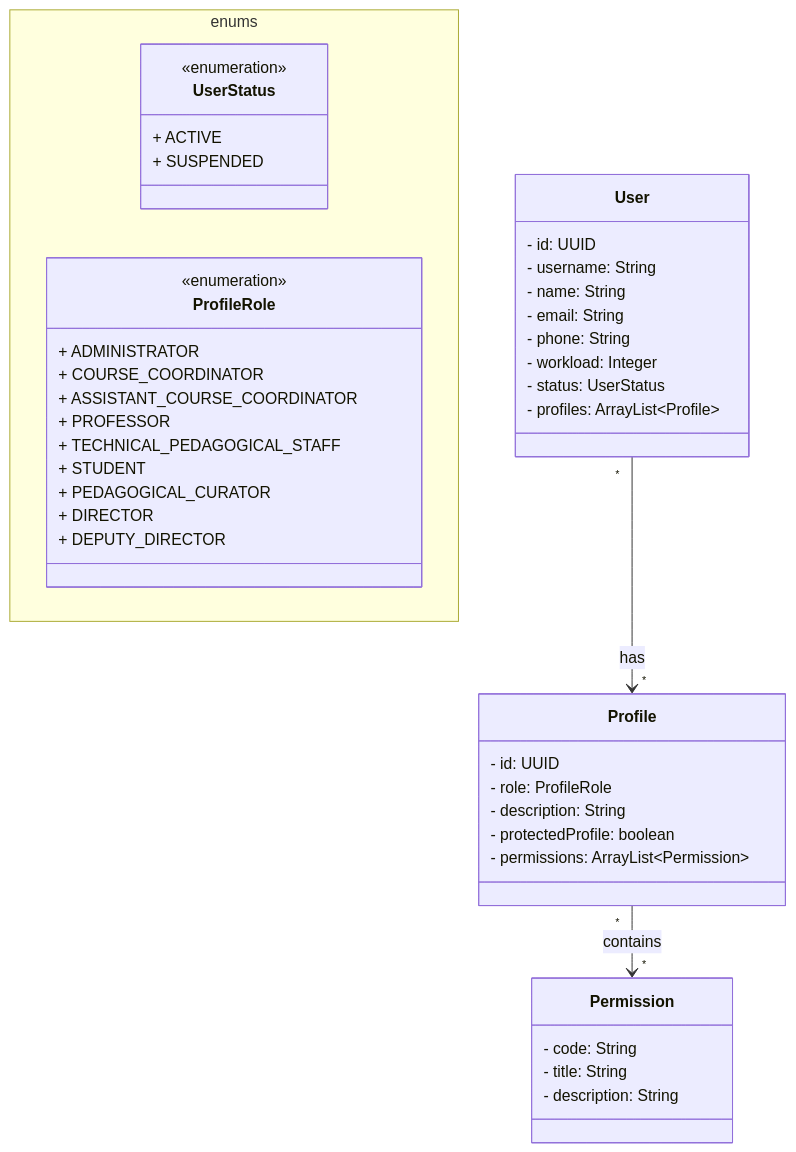
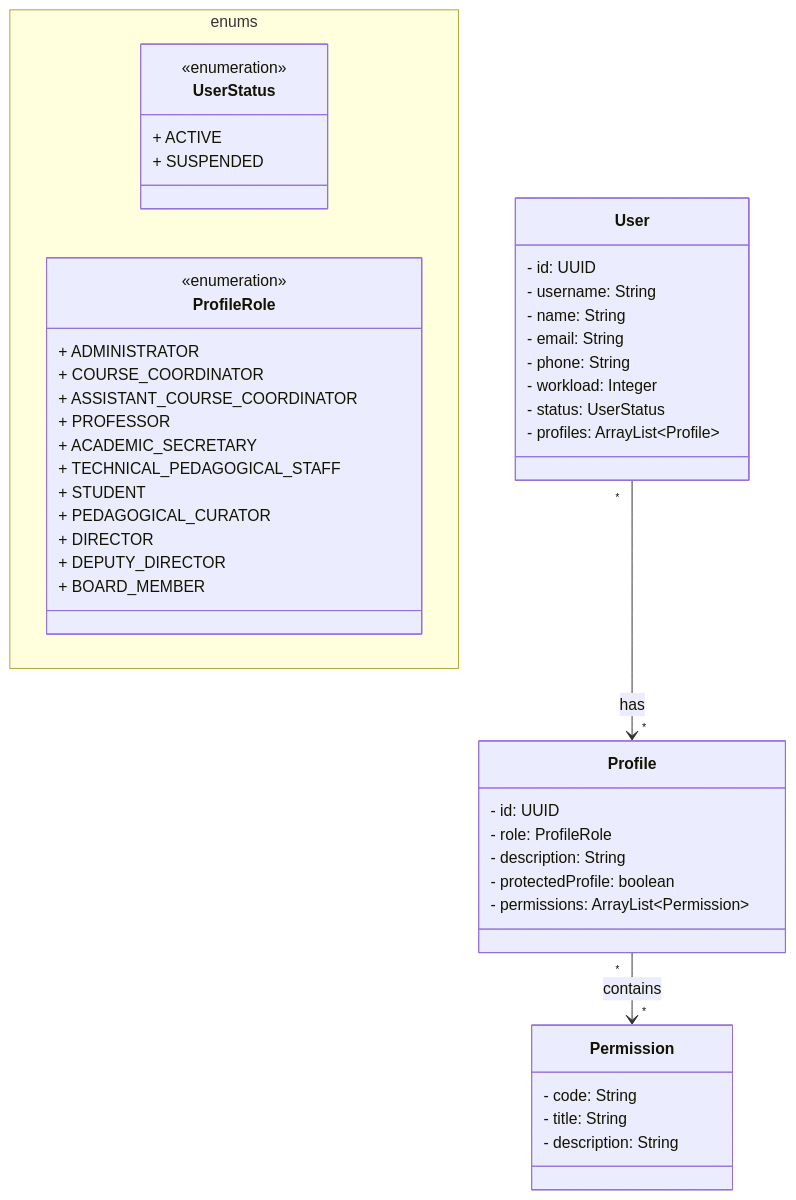
One commit to Hafyki/SOCC-fullstack changed the diagram in README.md. Above: the diagram before and after it, drawn with Mermaid.

````diff
--- a/README.md
+++ b/README.md
@@ -18,52 +18,54 @@
 ```mermaid
 classDiagram
 direction TB
 	namespace enums {
         class UserStatus {
             + ACTIVE
             + SUSPENDED
         }
 
         class ProfileRole {
             + ADMINISTRATOR
             + COURSE_COORDINATOR
             + ASSISTANT_COURSE_COORDINATOR
             + PROFESSOR
+            + ACADEMIC_SECRETARY
             + TECHNICAL_PEDAGOGICAL_STAFF
             + STUDENT
             + PEDAGOGICAL_CURATOR
             + DIRECTOR
             + DEPUTY_DIRECTOR
+            + BOARD_MEMBER
         }
 	}
 
     class User {
 	    - id: UUID
 	    - username: String
 	    - name: String
 	    - email: String
 	    - phone: String
 	    - workload: Integer
 	    - status: UserStatus
 	    - profiles: ArrayList~Profile~
     }
     class Profile {
 	    - id: UUID
 	    - role: ProfileRole
 	    - description: String
 	    - protectedProfile: boolean
 	    - permissions: ArrayList~Permission~
     }
     
     class Permission {
         - code: String
         - title: String
         - description: String
     }
     
 	<<enumeration>> UserStatus
 	<<enumeration>> ProfileRole
 
     User "*" --> "*" Profile : has
     Profile "*" --> "*" Permission : contains
 ```
````
